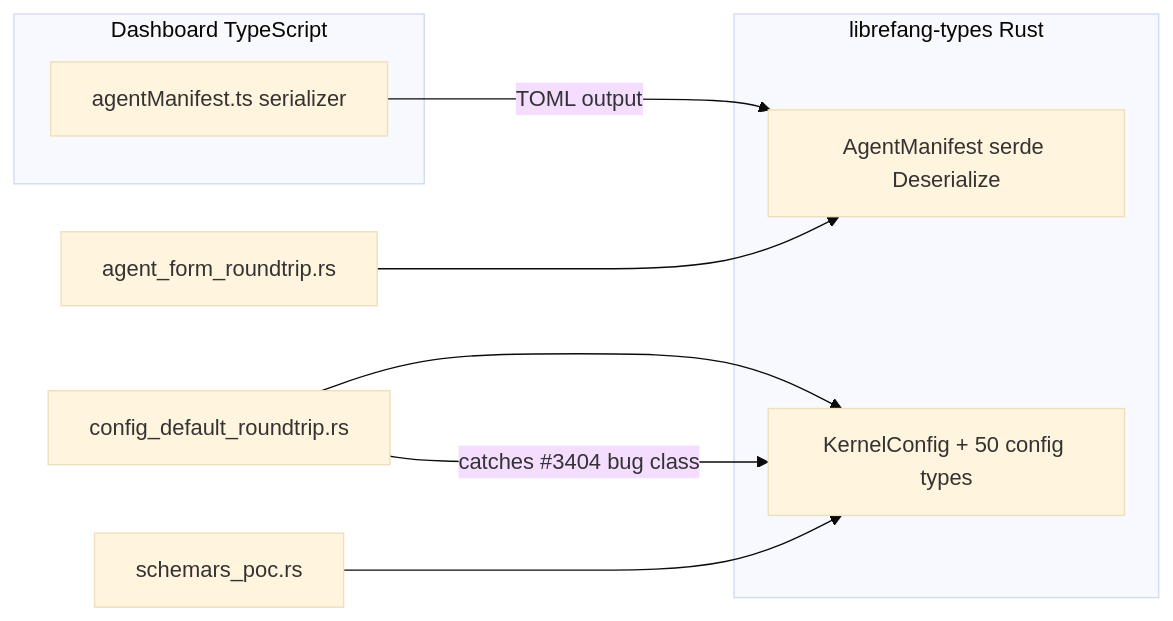
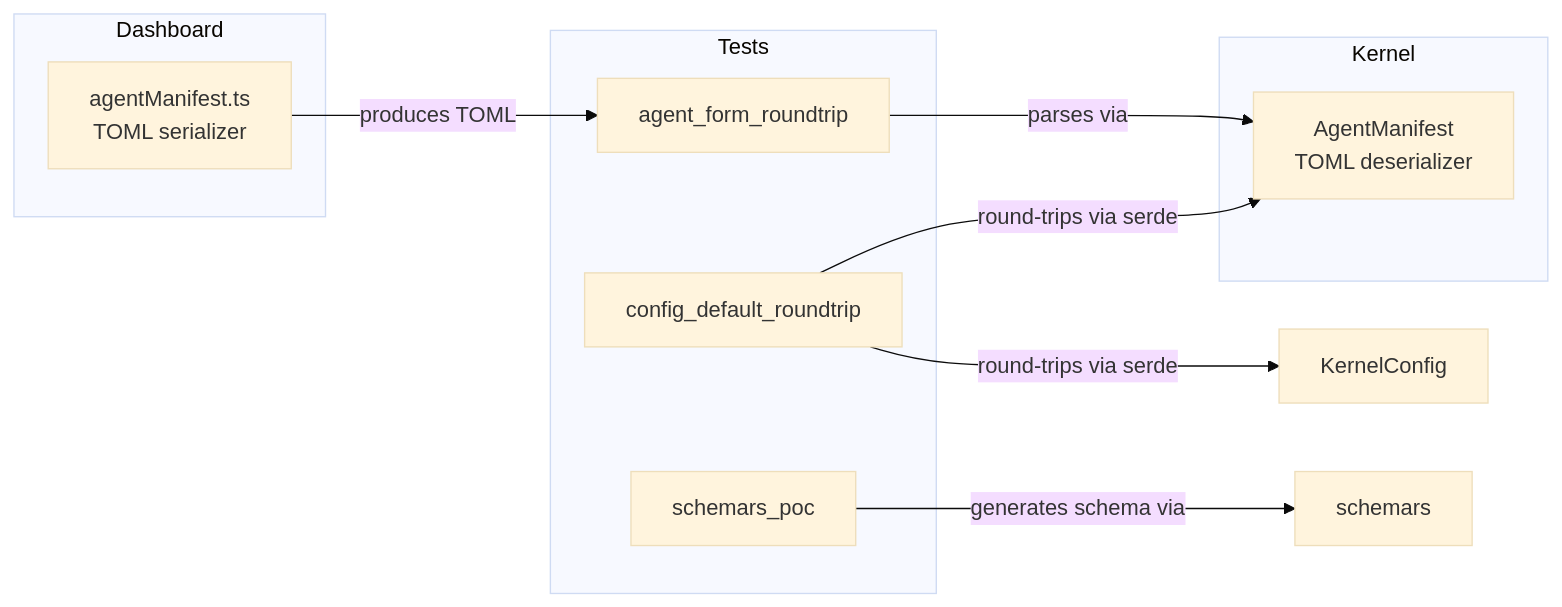
Before and after one commit to leszek3737/librefang-WIki: the diagram in other-librefang-types-tests.md, drawn with Mermaid (base theme). The commit also changed other lines of this file and 128 other files, not shown here.

````diff
--- a/other-librefang-types-tests.md
+++ b/other-librefang-types-tests.md
@@ -95,15 +131,19 @@
 ```mermaid
 graph LR
-    subgraph Dashboard TypeScript
-        A[agentManifest.ts serializer]
+    subgraph Dashboard
+        TS[agentManifest.ts<br/>TOML serializer]
     end
-    subgraph librefang-types Rust
-        B[AgentManifest serde Deserialize]
-        C[KernelConfig + 50 config types]
+    subgraph Kernel
+        AM[AgentManifest<br/>TOML deserializer]
     end
-    A -- "TOML output" --> B
-    agent_form_roundtrip_rs["agent_form_roundtrip.rs"] --> B
-    config_default_roundtrip_rs["config_default_roundtrip.rs"] --> C
-    schemars_poc_rs["schemars_poc.rs"] --> C
-    config_default_roundtrip_rs["config_default_roundtrip.rs"] -- "catches #3404 bug class" --> C
+    subgraph Tests
+        AF[agent_form_roundtrip]
+        CD[config_default_roundtrip]
+        SC[schemars_poc]
+    end
+    TS -- "produces TOML" --> AF
+    AF -- "parses via" --> AM
+    CD -- "round-trips via serde" --> AM
+    CD -- "round-trips via serde" --> KC[KernelConfig]
+    SC -- "generates schema via" --> schemars
 ```
````
